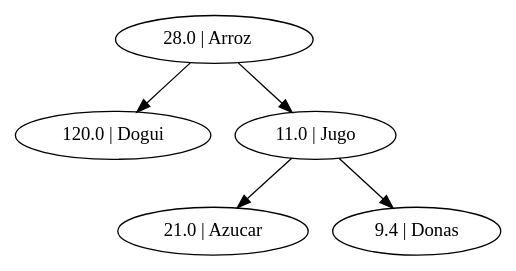
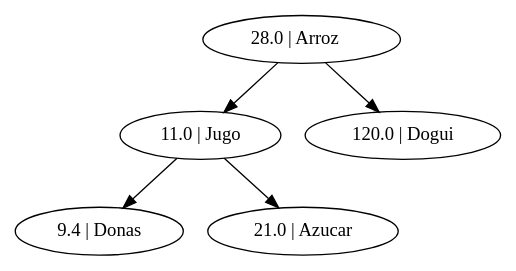
The diagram in Unidad I/PAC III 2019/Proyecto 1/Python/Memoria/test1.dot (BryanBlacks/Algoritmos-y-Estructuras-de-Datos), drawn with Graphviz before and after one commit. The commit also changed other lines of this file and 5 other files, not shown here.

```diff
--- a/Unidad I/PAC III 2019/Proyecto 1/Python/Memoria/test1.dot
+++ b/Unidad I/PAC III 2019/Proyecto 1/Python/Memoria/test1.dot
@@ -1,6 +1,6 @@
 strict digraph  {
+	"28.0 | Arroz   " -> "11.0 | Jugo";
 	"28.0 | Arroz   " -> "120.0 | Dogui";
-	"28.0 | Arroz   " -> "11.0 | Jugo";
+	"11.0 | Jugo" -> "9.4 | Donas";
 	"11.0 | Jugo" -> "21.0 | Azucar";
-	"11.0 | Jugo" -> "9.4 | Donas";
 }
```
